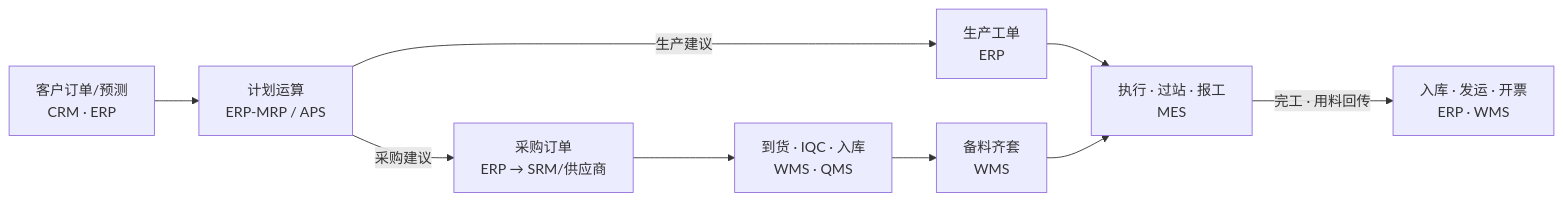
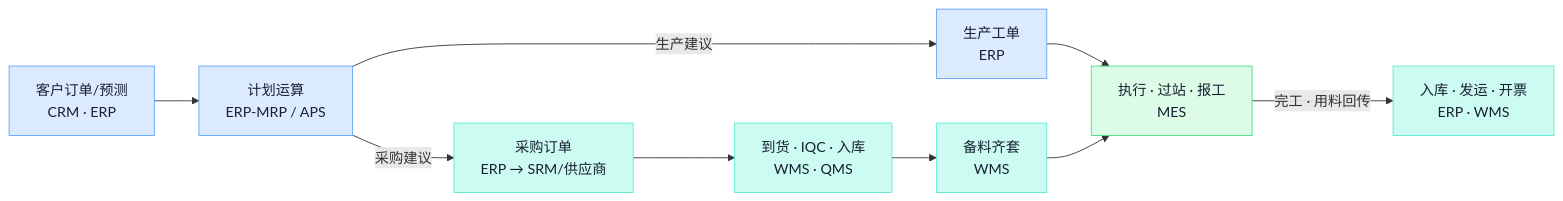
One commit to ink-hz/AI-Manufacturing-Platform changed the fourth of 16 diagrams in docs/manufacturing-system-handbook.md. Above: the diagram before and after it, drawn with Mermaid. The commit also changed other lines of this file, not shown here.

Commit message:
docs: publish maintained handbook diagram colors

````diff
--- a/docs/manufacturing-system-handbook.md
+++ b/docs/manufacturing-system-handbook.md
@@ -179,11 +220,17 @@
 ```mermaid
 flowchart LR
     SO[客户订单/预测<br/>CRM · ERP] --> MRP[计划运算<br/>ERP-MRP / APS]
     MRP -->|采购建议| PO[采购订单<br/>ERP → SRM/供应商]
     MRP -->|生产建议| WO[生产工单<br/>ERP]
     PO --> GR[到货 · IQC · 入库<br/>WMS · QMS]
     GR --> KIT[备料齐套<br/>WMS]
     WO --> EXE[执行 · 过站 · 报工<br/>MES]
     KIT --> EXE
     EXE -->|完工 · 用料回传| FIN[入库 · 发运 · 开票<br/>ERP · WMS]
+    class SO,MRP,WO biz
+    class PO,GR,KIT,FIN flow
+    class EXE exec
+    classDef biz fill:#DBEAFE,stroke:#60A5FA,color:#172033;
+    classDef flow fill:#CCFBF1,stroke:#5EEAD4,color:#172033;
+    classDef exec fill:#DCFCE7,stroke:#4ADE80,color:#172033;
 ```
````
